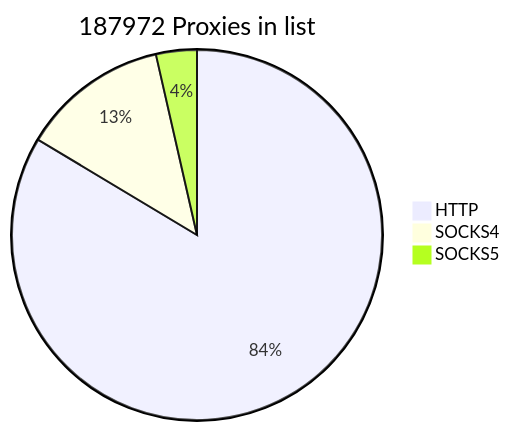
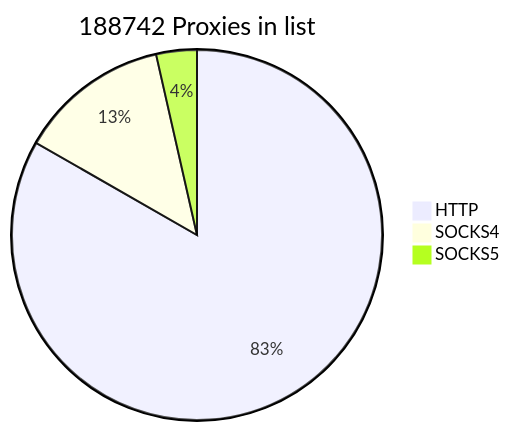
Before and after one commit to cutipu/proxylist: the first of 2 diagrams in README.md, drawn with Mermaid. The commit also changed other lines of this file, not shown here.

````diff
--- a/README.md
+++ b/README.md
@@ -2,7 +2,7 @@
 ```mermaid
-pie title 187972 Proxies in list
-    "HTTP" : 157144
-    "SOCKS4" : 24132
+pie title 188742 Proxies in list
+    "HTTP" : 157174
+    "SOCKS4" : 24872
     "SOCKS5" : 6696
             
 ```
````
